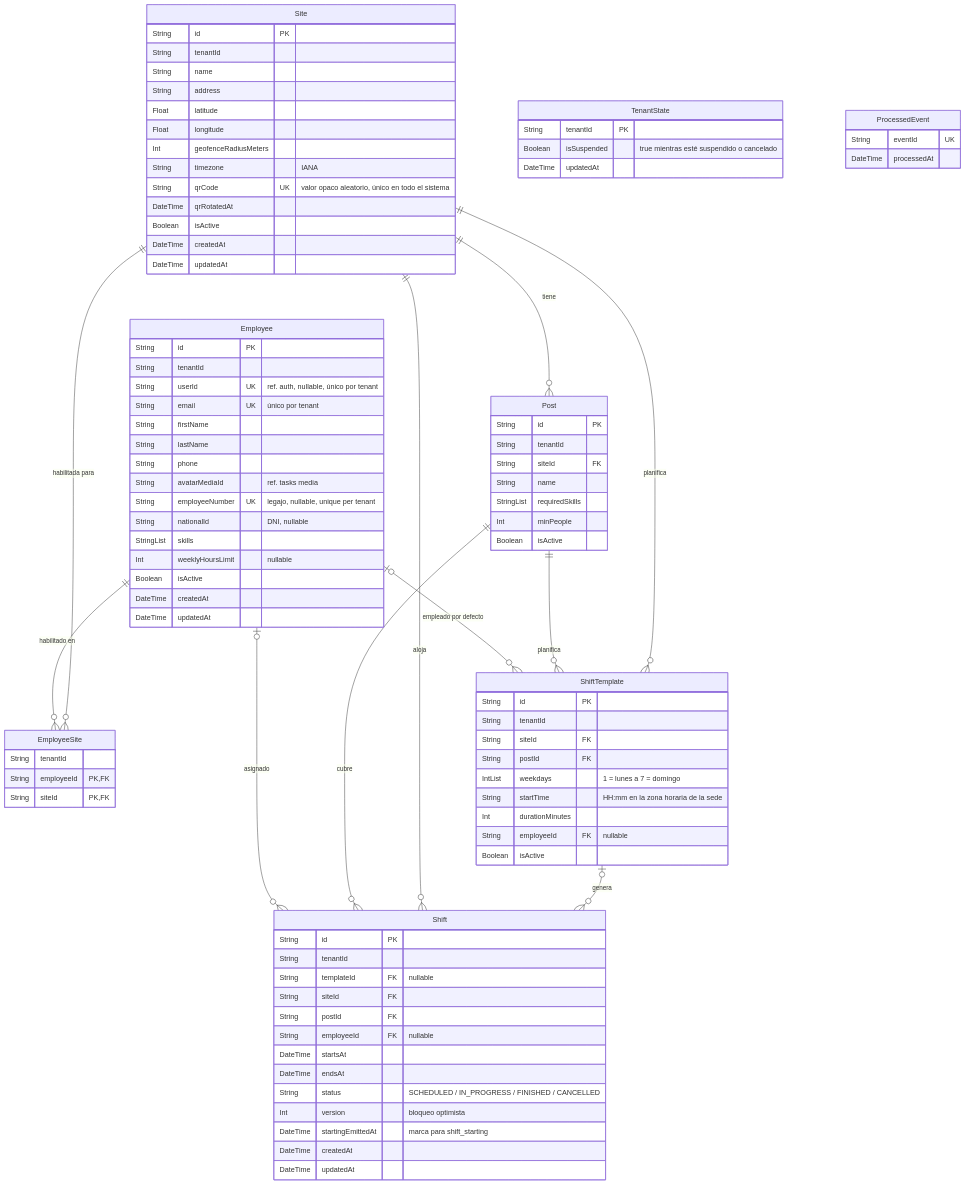
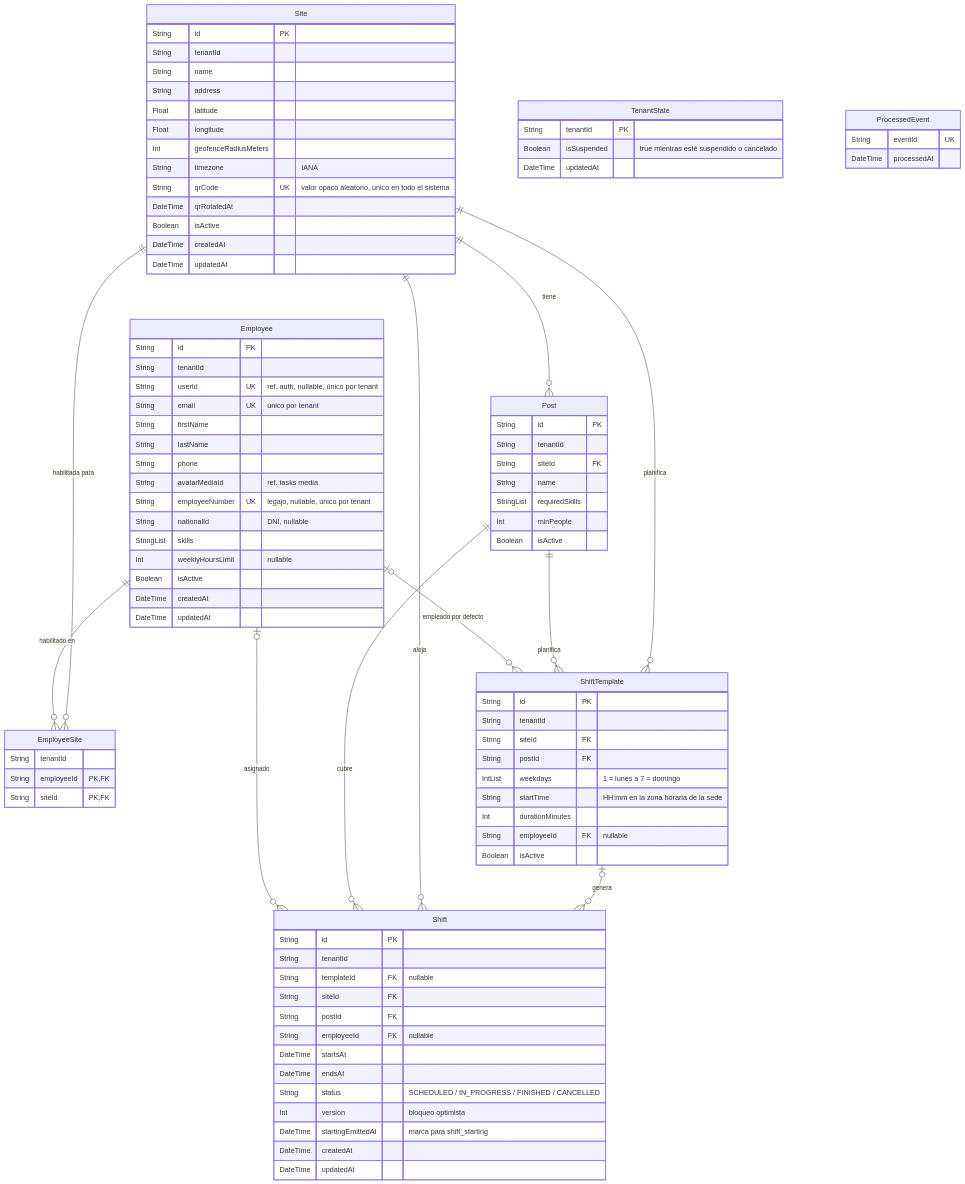
One commit to Josu98888/TeamWorkFlow changed the third of 7 diagrams in docs/database.md. Above: the diagram before and after it, drawn with Mermaid. The commit also changed other lines of this file, not shown here.

```diff
--- a/docs/database.md
+++ b/docs/database.md
@@ -198,7 +198,7 @@
     String lastName
     String phone
     String avatarMediaId "ref. tasks media"
-    String employeeNumber UK "legajo, nullable, unique per tenant"
+    String employeeNumber UK "legajo, nullable, único por tenant"
     String nationalId "DNI, nullable"
     StringList skills
     Int weeklyHoursLimit "nullable"
```
